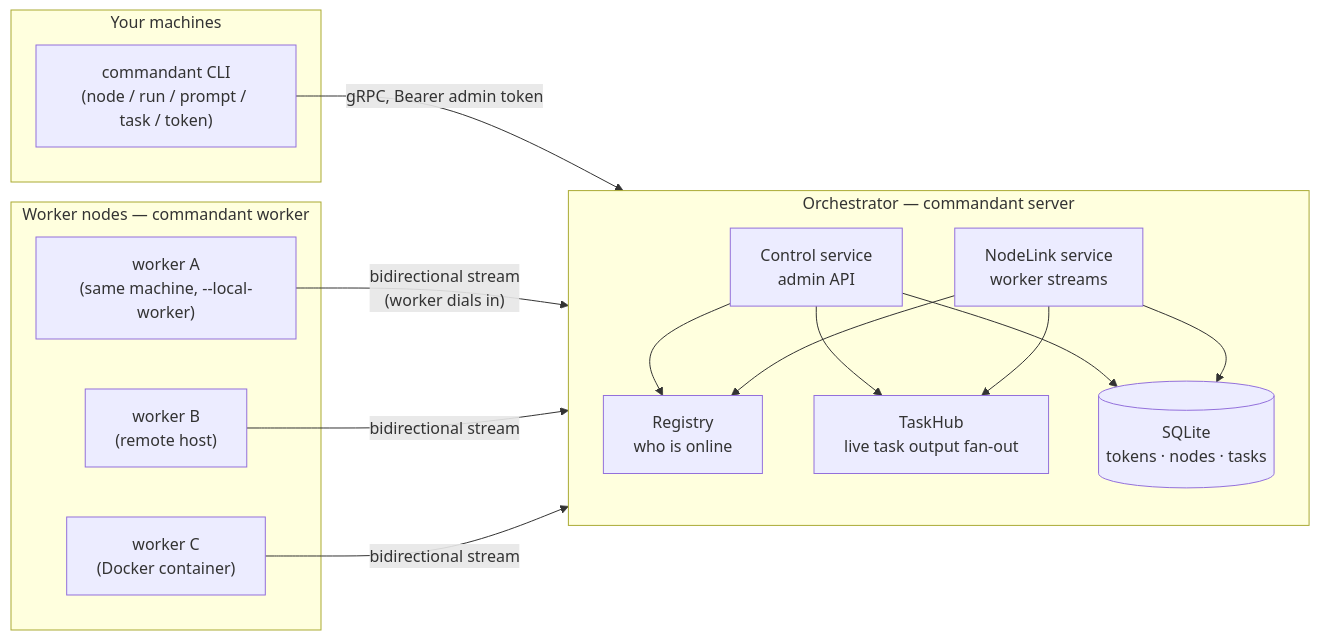
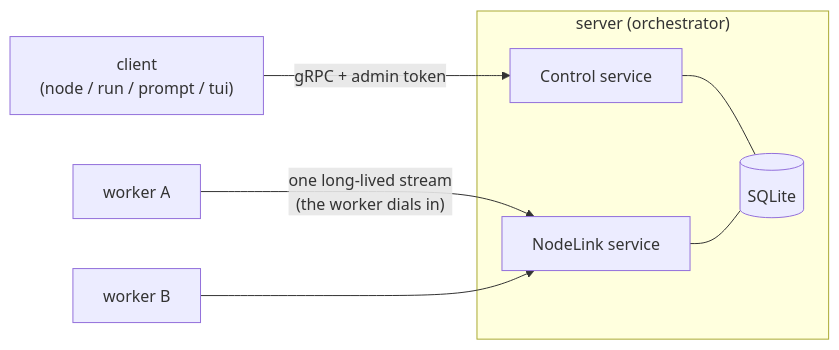
Before and after one commit to EwenSellitto/Commandant: the first of 3 diagrams in docs/architecture.md, drawn with Mermaid. The commit also changed other lines of this file and 2 other files, not shown here.

````diff
--- a/docs/architecture.md
+++ b/docs/architecture.md
@@ -7,32 +7,17 @@
 ```mermaid
 flowchart LR
-    subgraph clients["Your machines"]
-        CLI["commandant CLI<br/>(node / run / prompt / task / token)"]
+    CLI["client<br/>(node / run / prompt / tui)"]
+    subgraph orch["server (orchestrator)"]
+        CTRL["Control service"]
+        LINK["NodeLink service"]
+        DB[("SQLite")]
     end
+    W1["worker A"]
+    W2["worker B"]
 
-    subgraph orch["Orchestrator — commandant server"]
-        direction TB
-        CTRL["Control service<br/>admin API"]
-        LINK["NodeLink service<br/>worker streams"]
-        REG["Registry<br/>who is online"]
-        HUB["TaskHub<br/>live task output fan-out"]
-        DB[("SQLite<br/>tokens · nodes · tasks")]
-        CTRL --> REG
-        CTRL --> HUB
-        CTRL --> DB
-        LINK --> REG
-        LINK --> HUB
-        LINK --> DB
-    end
-
-    subgraph workers["Worker nodes — commandant worker"]
-        W1["worker A<br/>(same machine, --local-worker)"]
-        W2["worker B<br/>(remote host)"]
-        W3["worker C<br/>(Docker container)"]
-    end
-
-    CLI -- "gRPC, Bearer admin token" --> CTRL
-    W1 -- "bidirectional stream<br/>(worker dials in)" --> LINK
-    W2 -- "bidirectional stream" --> LINK
-    W3 -- "bidirectional stream" --> LINK
+    CLI -- "gRPC + admin token" --> CTRL
+    W1 -- "one long-lived stream<br/>(the worker dials in)" --> LINK
+    W2 --> LINK
+    CTRL --- DB
+    LINK --- DB
 ```
````
